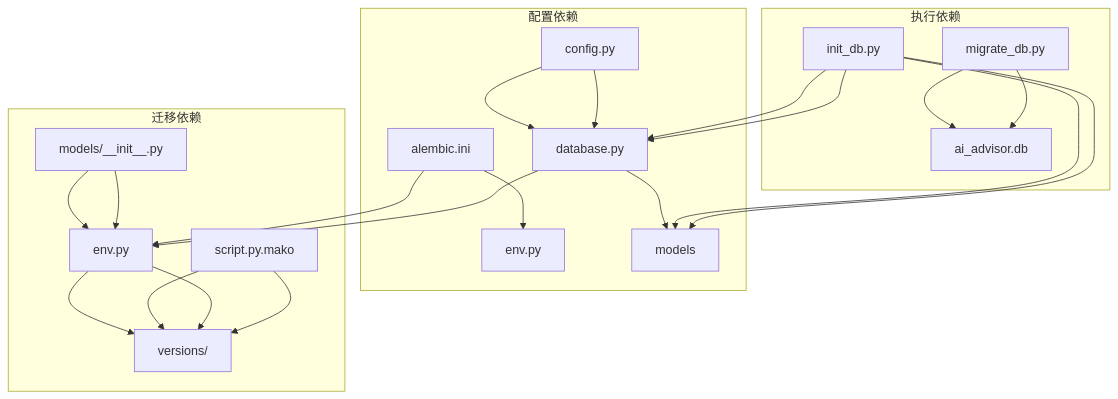
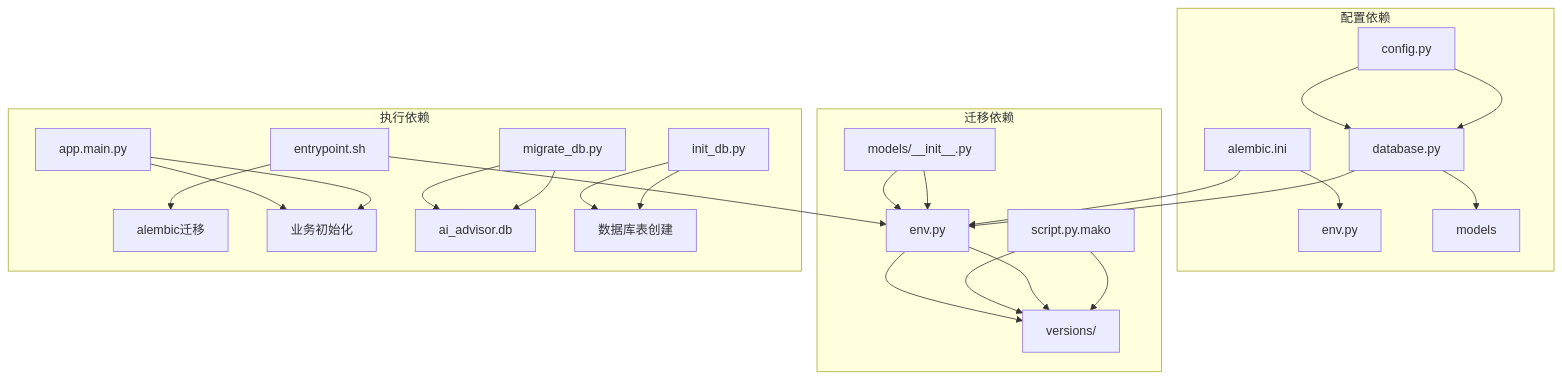
Before and after one commit to breeze-lyf/ai-stock-advisor: the eighth of 8 diagrams in .qoder/repowiki/zh/content/Database Migration Management.md, drawn with Mermaid. The commit also changed other lines of this file and 7 other files, not shown here.

````diff
--- a/.qoder/repowiki/zh/content/Database Migration Management.md
+++ b/.qoder/repowiki/zh/content/Database Migration Management.md
@@ -340,27 +403,29 @@
 ```mermaid
 graph TB
 subgraph "配置依赖"
 A[alembic.ini] --> B[env.py]
 C[config.py] --> D[database.py]
 D --> E[models]
 end
 subgraph "迁移依赖"
 F[env.py] --> G[versions/]
 H[script.py.mako] --> G
 I[models/__init__.py] --> F
 end
 subgraph "执行依赖"
-J[init_db.py] --> D
-J --> E
-K[migrate_db.py] --> L[ai_advisor.db]
+J[entrypoint.sh] --> K[alembic迁移]
+L[app.main.py] --> M[业务初始化]
+N[migrate_db.py] --> O[ai_advisor.db]
+P[init_db.py] --> Q[数据库表创建]
 end
 A --> F
 C --> D
 D --> F
 F --> G
 H --> G
 I --> F
-J --> D
-J --> E
-K --> L
+J --> F
+L --> M
+N --> O
+P --> Q
 ```
````
